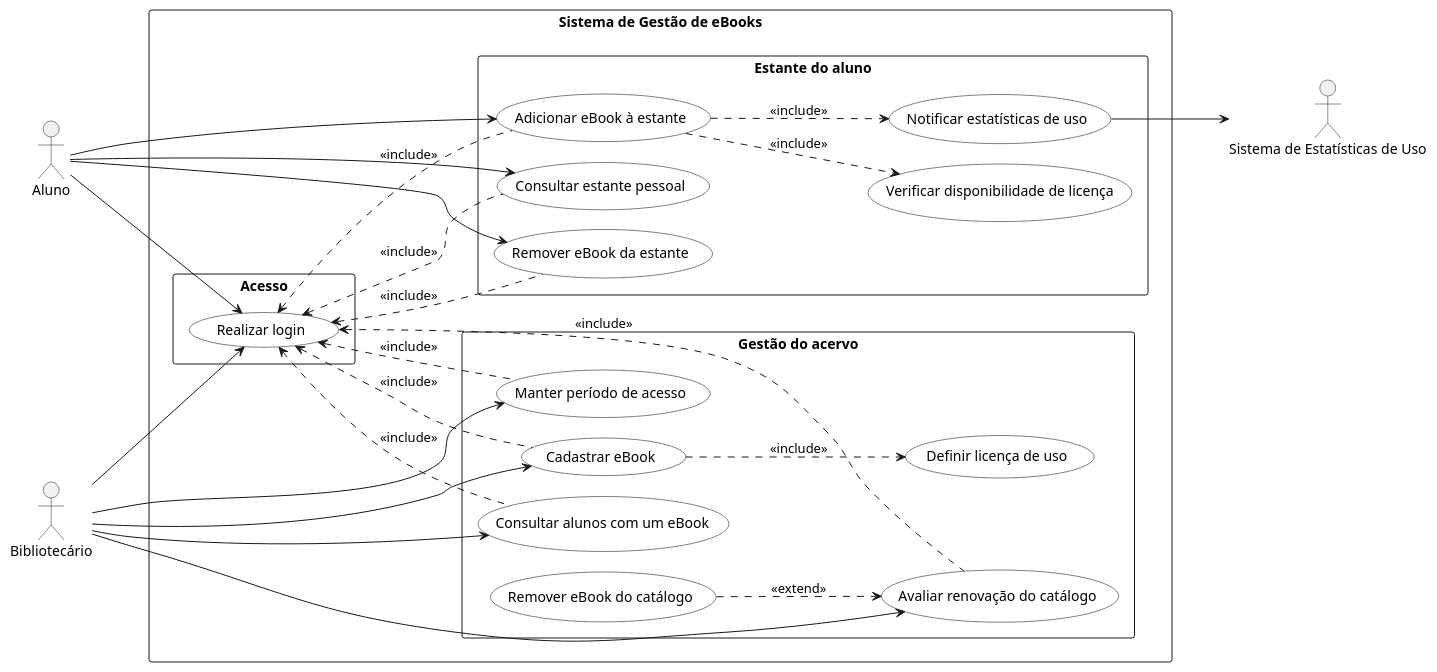
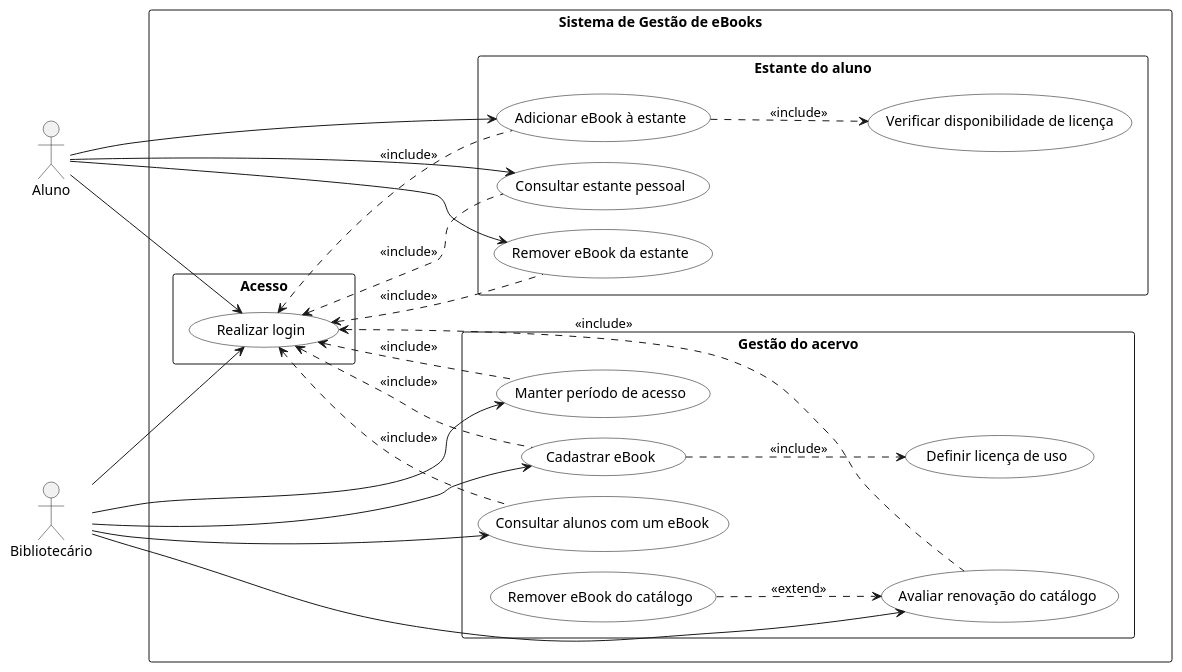
Before and after one commit to lucasnmc12/lab01-ebooks-biblioteca: the diagram in docs/diagramas/casos-de-uso.puml, drawn with PlantUML.

Commit message:
UC diagram - Exclusão do UC Notificar Estatisticas de Uso e o ator relacionado

```diff
--- a/docs/diagramas/casos-de-uso.puml
+++ b/docs/diagramas/casos-de-uso.puml
@@ -1,85 +1,78 @@
 @startuml casos_de_uso_ebooks
 
 ' ---------------------------------------------------------------
 ' Sistema de Gestao de eBooks da Biblioteca Universitaria
 ' Lab01S01 - Diagrama de Casos de Uso
 '
 ' Responsaveis:
 '   Lucas Nogueira ..... UC07, UC08, UC09, UC10, UC11, UC12 (Bibliotecario)
 '   Pedro Resende ...... UC01, UC02, UC03, UC04, UC05, UC06 (Aluno / acesso)
 ' ---------------------------------------------------------------
 
 left to right direction
 skinparam packageStyle rectangle
 skinparam shadowing false
 skinparam nodesep 20
 skinparam ranksep 80
 skinparam usecase {
   BackgroundColor White
   BorderColor Black
 }
 
 actor "Aluno" as Aluno
 actor "Bibliotecário" as Bibliotecario
 
 rectangle "Sistema de Gestão de eBooks" {
 
   package "Acesso" {
     usecase "Realizar login" as UC01
   }
 
   package "Estante do aluno" {
     usecase "Adicionar eBook à estante" as UC02
     usecase "Remover eBook da estante" as UC03
     usecase "Consultar estante pessoal" as UC04
     usecase "Verificar disponibilidade de licença" as UC05
-    usecase "Notificar estatísticas de uso" as UC06
   }
 
   package "Gestão do acervo" {
     usecase "Cadastrar eBook" as UC07
     usecase "Definir licença de uso" as UC08
     usecase "Consultar alunos com um eBook" as UC09
     usecase "Manter período de acesso" as UC10
     usecase "Avaliar renovação do catálogo" as UC11
     usecase "Remover eBook do catálogo" as UC12
   }
 }
-
-' Ator secundario: e notificado pelo sistema, nao inicia nenhum caso de uso.
-actor "Sistema de Estatísticas de Uso" as Estatisticas
 
 Aluno --> UC01
 Bibliotecario --> UC01
 
 Aluno --> UC02
 Aluno --> UC03
 Aluno --> UC04
 
 Bibliotecario --> UC07
 Bibliotecario --> UC09
 Bibliotecario --> UC10
 Bibliotecario --> UC11
 
-UC06 --> Estatisticas
-
 ' Login e incluido por todos os casos de uso que exigem usuario autenticado.
 ' A seta esta escrita como "UC01 <.. UCxx" apenas para o PlantUML posicionar
 ' o login proximo aos atores; a dependencia continua saindo de UCxx para UC01.
 UC01 <.. UC02 : <<include>>
 UC01 <.. UC03 : <<include>>
 UC01 <.. UC04 : <<include>>
 UC01 <.. UC07 : <<include>>
 UC01 <.. UC09 : <<include>>
 UC01 <.. UC10 : <<include>>
 UC01 <.. UC11 : <<include>>
 
 UC02 ..> UC05 : <<include>>
-UC02 ..> UC06 : <<include>>
 UC07 ..> UC08 : <<include>>
 
 ' Extend: a remocao do catalogo so acontece quando o eBook nao alcanca
 ' o minimo de 3 alunos ao final do periodo de acesso.
 UC12 ..> UC11 : <<extend>>
 
 @enduml
```
